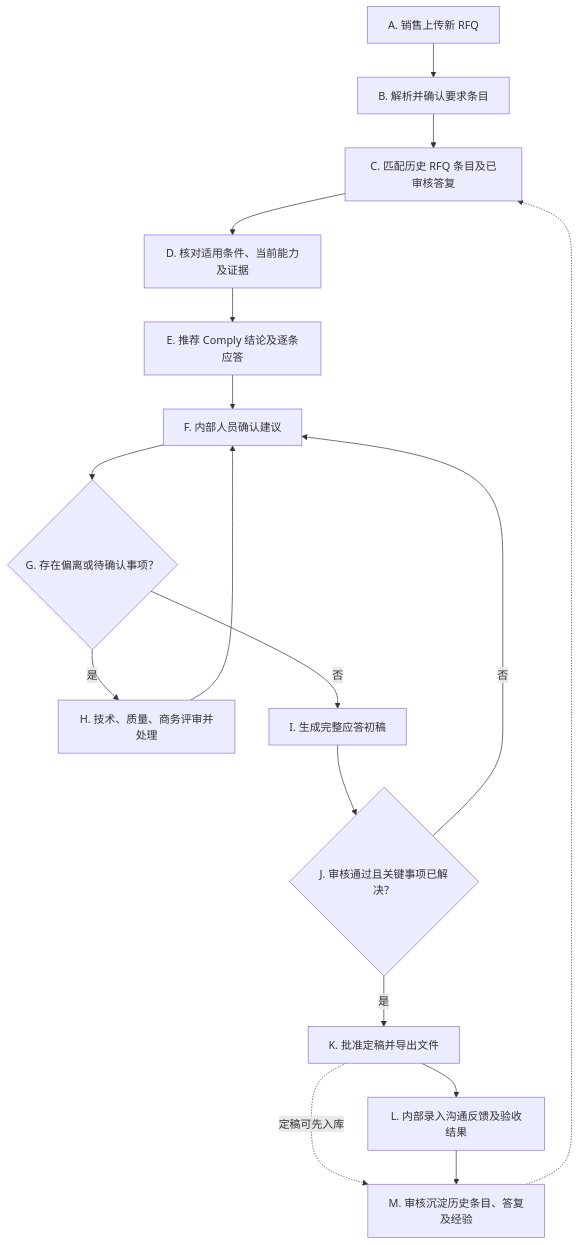
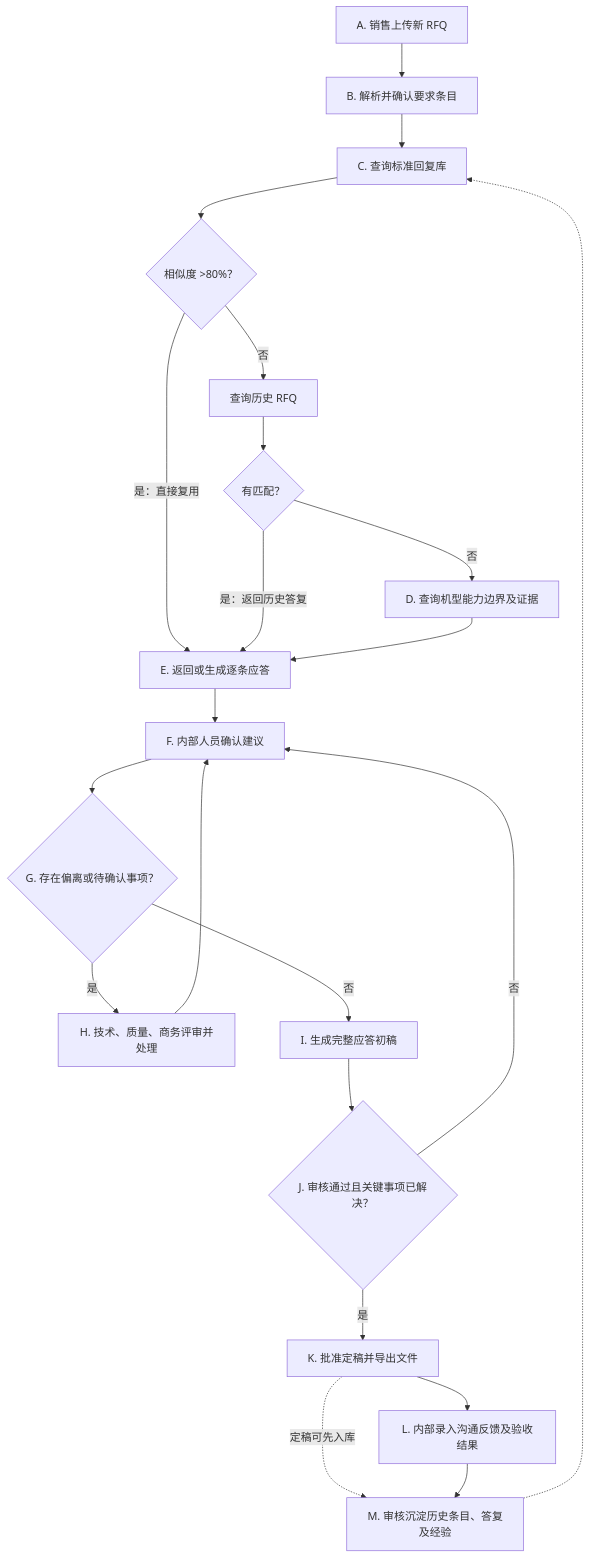
The first of 4 diagrams in FEP销售RFQ提效Agent_PRD_v0.2.md (mingming11115/fep-rfq-agent), drawn with Mermaid before and after one commit. The commit also changed other lines of this file and 27 other files, not shown here.

````diff
--- a/FEP销售RFQ提效Agent_PRD_v0.2.md
+++ b/FEP销售RFQ提效Agent_PRD_v0.2.md
@@ -108,19 +108,24 @@
 ```mermaid
 flowchart TD
     A["A. 销售上传新 RFQ"] --> B["B. 解析并确认要求条目"]
-    B --> C["C. 匹配历史 RFQ 条目及已审核答复"]
-    C --> D["D. 核对适用条件、当前能力及证据"]
-    D --> E["E. 推荐 Comply 结论及逐条应答"]
+    B --> C["C. 查询标准回复库"]
+    C --> C1{"相似度 >80%？"}
+    C1 -->|是：直接复用| E["E. 返回或生成逐条应答"]
+    C1 -->|否| C2["查询历史 RFQ"]
+    C2 --> C3{"有匹配？"}
+    C3 -->|是：返回历史答复| E
+    C3 -->|否| D["D. 查询机型能力边界及证据"]
+    D --> E
     E --> F["F. 内部人员确认建议"]
     F --> G{"G. 存在偏离或待确认事项？"}
     G -->|是| H["H. 技术、质量、商务评审并处理"]
     H --> F
     G -->|否| I["I. 生成完整应答初稿"]
     I --> J{"J. 审核通过且关键事项已解决？"}
     J -->|否| F
     J -->|是| K["K. 批准定稿并导出文件"]
     K -.->|定稿可先入库| M
     K --> L["L. 内部录入沟通反馈及验收结果"]
     L --> M["M. 审核沉淀历史条目、答复及经验"]
     M -.-> C
 ```
````
